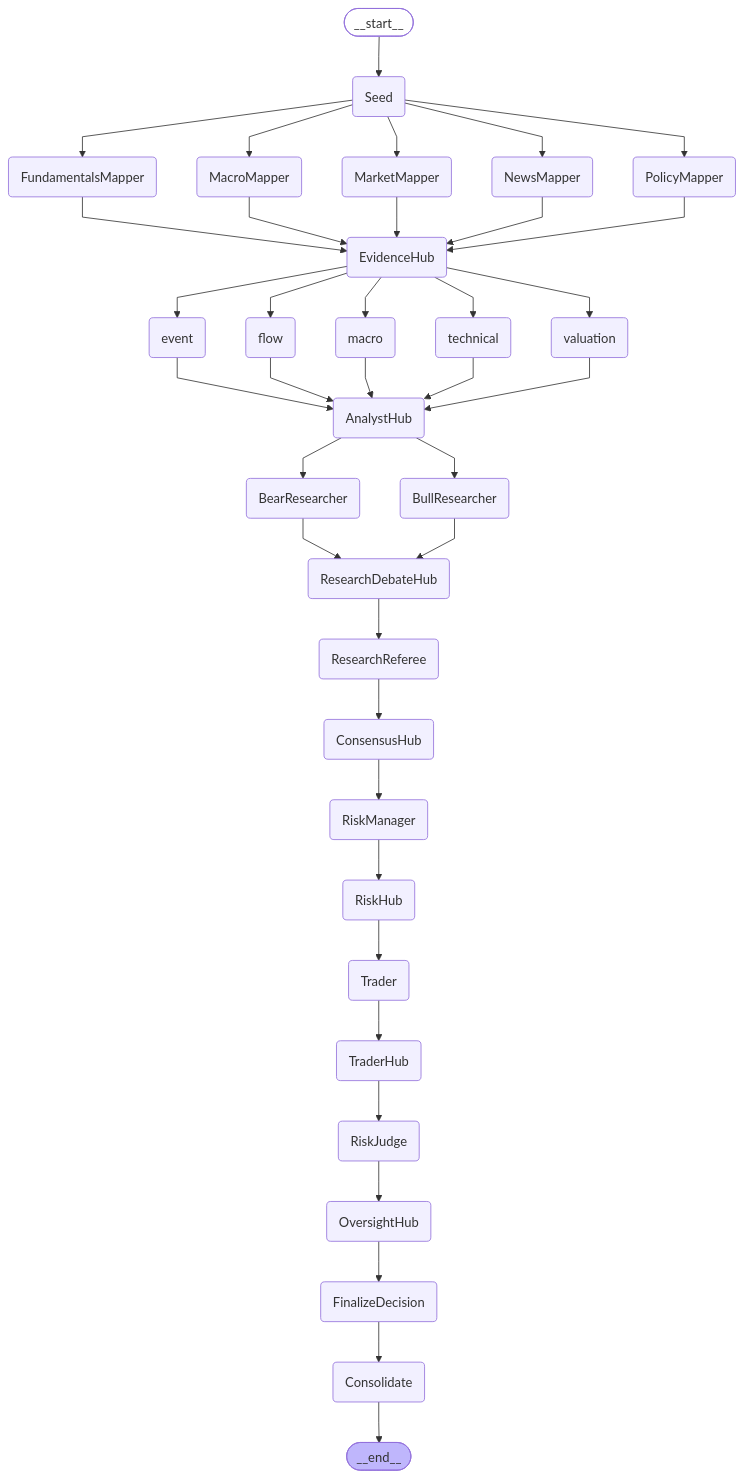
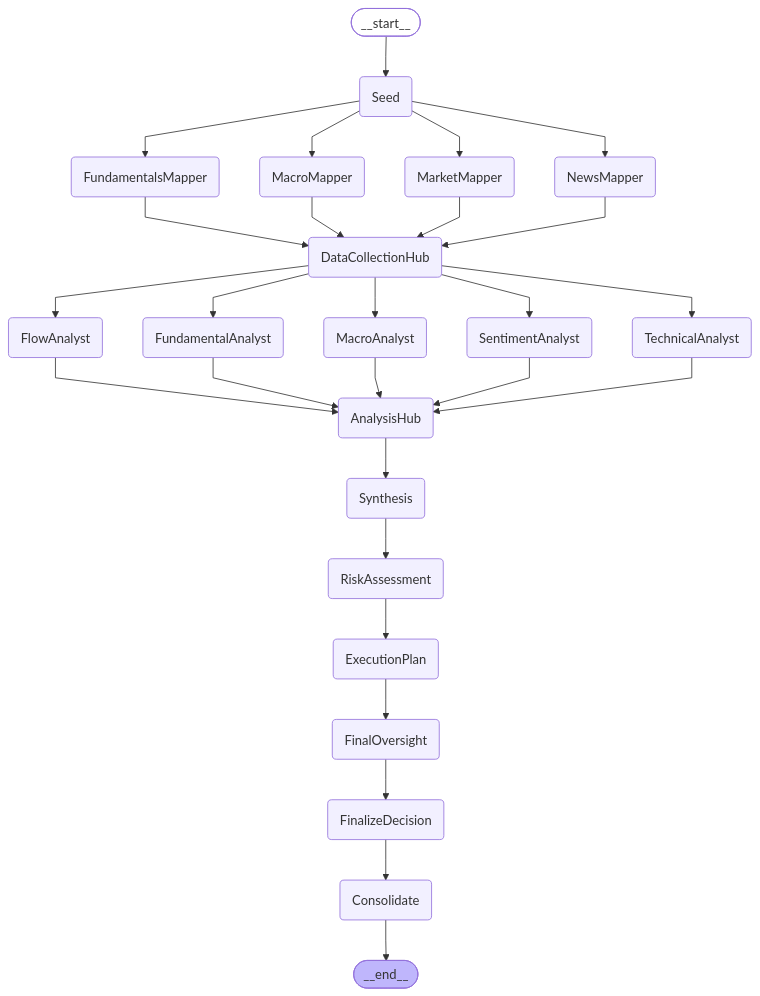
Before and after one commit to jerrl10/ai-trading-agents: the diagram in workflow.mmd, drawn with Mermaid. The commit also changed 9 other files, not shown here.

First line of the commit message:
refactor: improve news filtering and enhance analyst data context

```diff
--- a/workflow.mmd
+++ b/workflow.mmd
@@ -1,73 +1,55 @@
 ---
 config:
   flowchart:
     curve: linear
 ---
 graph TD;
 	__start__([<p>__start__</p>]):::first
 	Seed(Seed)
 	MarketMapper(MarketMapper)
 	FundamentalsMapper(FundamentalsMapper)
 	NewsMapper(NewsMapper)
-	PolicyMapper(PolicyMapper)
 	MacroMapper(MacroMapper)
-	EvidenceHub(EvidenceHub)
-	technical(technical)
-	valuation(valuation)
-	event(event)
-	macro(macro)
-	flow(flow)
-	AnalystHub(AnalystHub)
-	BullResearcher(BullResearcher)
-	BearResearcher(BearResearcher)
-	ResearchDebateHub(ResearchDebateHub)
-	ResearchReferee(ResearchReferee)
-	ConsensusHub(ConsensusHub)
-	RiskManager(RiskManager)
-	RiskHub(RiskHub)
-	Trader(Trader)
-	TraderHub(TraderHub)
-	RiskJudge(RiskJudge)
-	OversightHub(OversightHub)
+	DataCollectionHub(DataCollectionHub)
+	TechnicalAnalyst(TechnicalAnalyst)
+	FundamentalAnalyst(FundamentalAnalyst)
+	SentimentAnalyst(SentimentAnalyst)
+	MacroAnalyst(MacroAnalyst)
+	FlowAnalyst(FlowAnalyst)
+	AnalysisHub(AnalysisHub)
+	Synthesis(Synthesis)
+	RiskAssessment(RiskAssessment)
+	ExecutionPlan(ExecutionPlan)
+	FinalOversight(FinalOversight)
 	FinalizeDecision(FinalizeDecision)
 	Consolidate(Consolidate)
 	__end__([<p>__end__</p>]):::last
-	AnalystHub --> BearResearcher;
-	AnalystHub --> BullResearcher;
-	BearResearcher --> ResearchDebateHub;
-	BullResearcher --> ResearchDebateHub;
-	ConsensusHub --> RiskManager;
-	EvidenceHub --> event;
-	EvidenceHub --> flow;
-	EvidenceHub --> macro;
-	EvidenceHub --> technical;
-	EvidenceHub --> valuation;
+	AnalysisHub --> Synthesis;
+	DataCollectionHub --> FlowAnalyst;
+	DataCollectionHub --> FundamentalAnalyst;
+	DataCollectionHub --> MacroAnalyst;
+	DataCollectionHub --> SentimentAnalyst;
+	DataCollectionHub --> TechnicalAnalyst;
+	ExecutionPlan --> FinalOversight;
+	FinalOversight --> FinalizeDecision;
 	FinalizeDecision --> Consolidate;
-	FundamentalsMapper --> EvidenceHub;
-	MacroMapper --> EvidenceHub;
-	MarketMapper --> EvidenceHub;
-	NewsMapper --> EvidenceHub;
-	OversightHub --> FinalizeDecision;
-	PolicyMapper --> EvidenceHub;
-	ResearchDebateHub --> ResearchReferee;
-	ResearchReferee --> ConsensusHub;
-	RiskHub --> Trader;
-	RiskJudge --> OversightHub;
-	RiskManager --> RiskHub;
+	FlowAnalyst --> AnalysisHub;
+	FundamentalAnalyst --> AnalysisHub;
+	FundamentalsMapper --> DataCollectionHub;
+	MacroAnalyst --> AnalysisHub;
+	MacroMapper --> DataCollectionHub;
+	MarketMapper --> DataCollectionHub;
+	NewsMapper --> DataCollectionHub;
+	RiskAssessment --> ExecutionPlan;
 	Seed --> FundamentalsMapper;
 	Seed --> MacroMapper;
 	Seed --> MarketMapper;
 	Seed --> NewsMapper;
-	Seed --> PolicyMapper;
-	Trader --> TraderHub;
-	TraderHub --> RiskJudge;
+	SentimentAnalyst --> AnalysisHub;
+	Synthesis --> RiskAssessment;
+	TechnicalAnalyst --> AnalysisHub;
 	__start__ --> Seed;
-	event --> AnalystHub;
-	flow --> AnalystHub;
-	macro --> AnalystHub;
-	technical --> AnalystHub;
-	valuation --> AnalystHub;
 	Consolidate --> __end__;
 	classDef default fill:#f2f0ff,line-height:1.2
 	classDef first fill-opacity:0
 	classDef last fill:#bfb6fc
```
